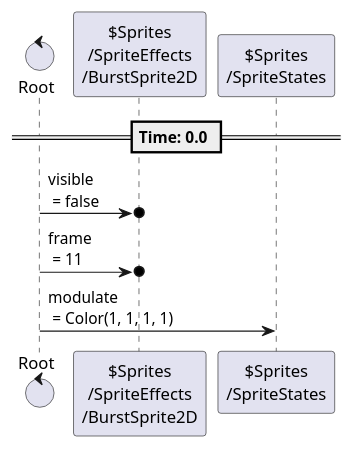
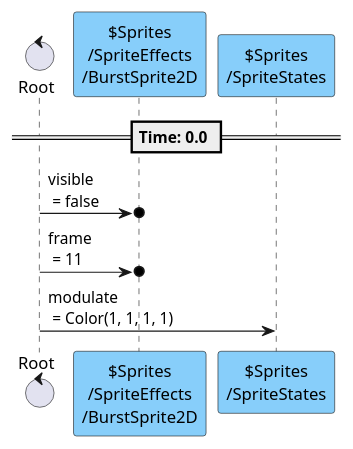
One commit to tkmfujise/Platformer-Game-Learning changed diagram 11 of 11 in content/scenes/src/player/player.tscn.adoc. Above: the diagram before and after it, drawn with PlantUML. The commit also changed other lines of this file and 67 other files, not shown here.

```diff
--- a/content/scenes/src/player/player.tscn.adoc
+++ b/content/scenes/src/player/player.tscn.adoc
@@ -807,15 +807,15 @@
 [plantuml]
 ....
 control "Root" as R
-participant "$Sprites\n/SpriteEffects\n/BurstSprite2D" as T0
-participant "$Sprites\n/SpriteStates" as T2
+participant "$Sprites\n/SpriteEffects\n/BurstSprite2D" as T0 #87CEFA
+participant "$Sprites\n/SpriteStates" as T2 #87CEFA
 
 
 
 == Time: 0.0 ==
 R  ->o  T0 : visible\n = false
 R  ->o  T0 : frame\n = 11
 R  ->  T2 : modulate\n = Color(1, 1, 1, 1)
 
 
 ....
```
